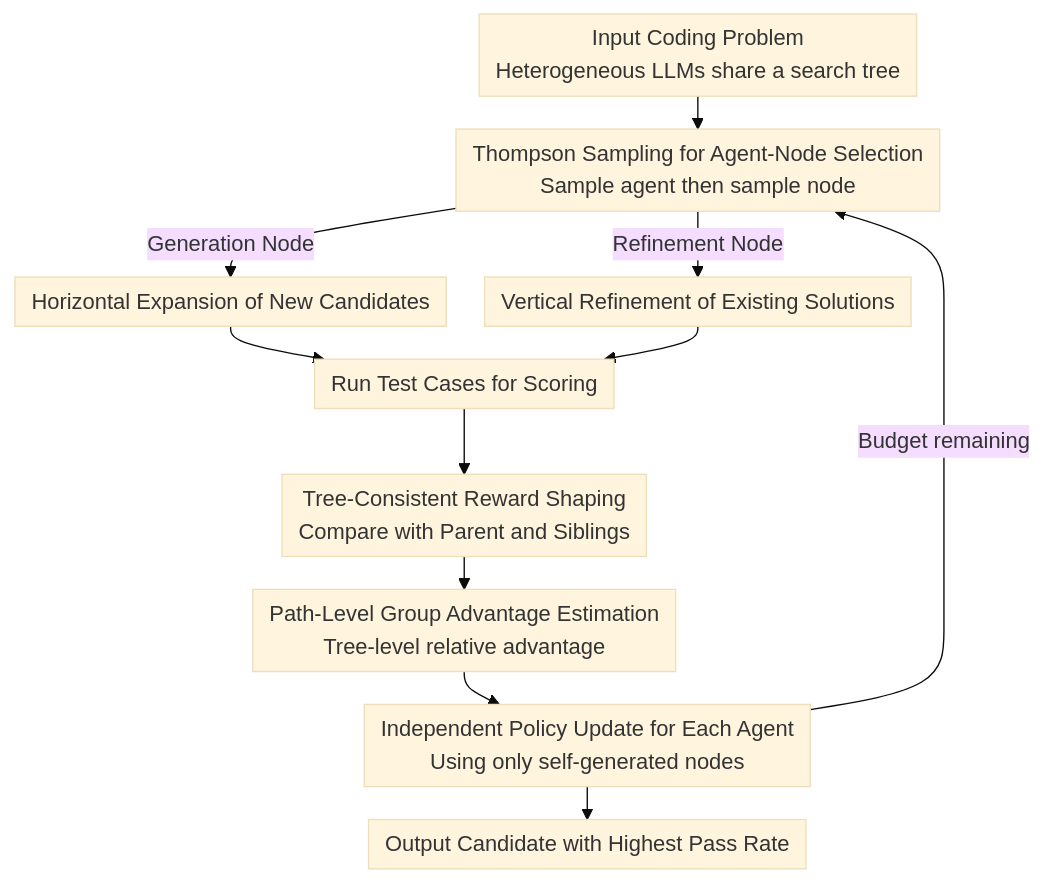
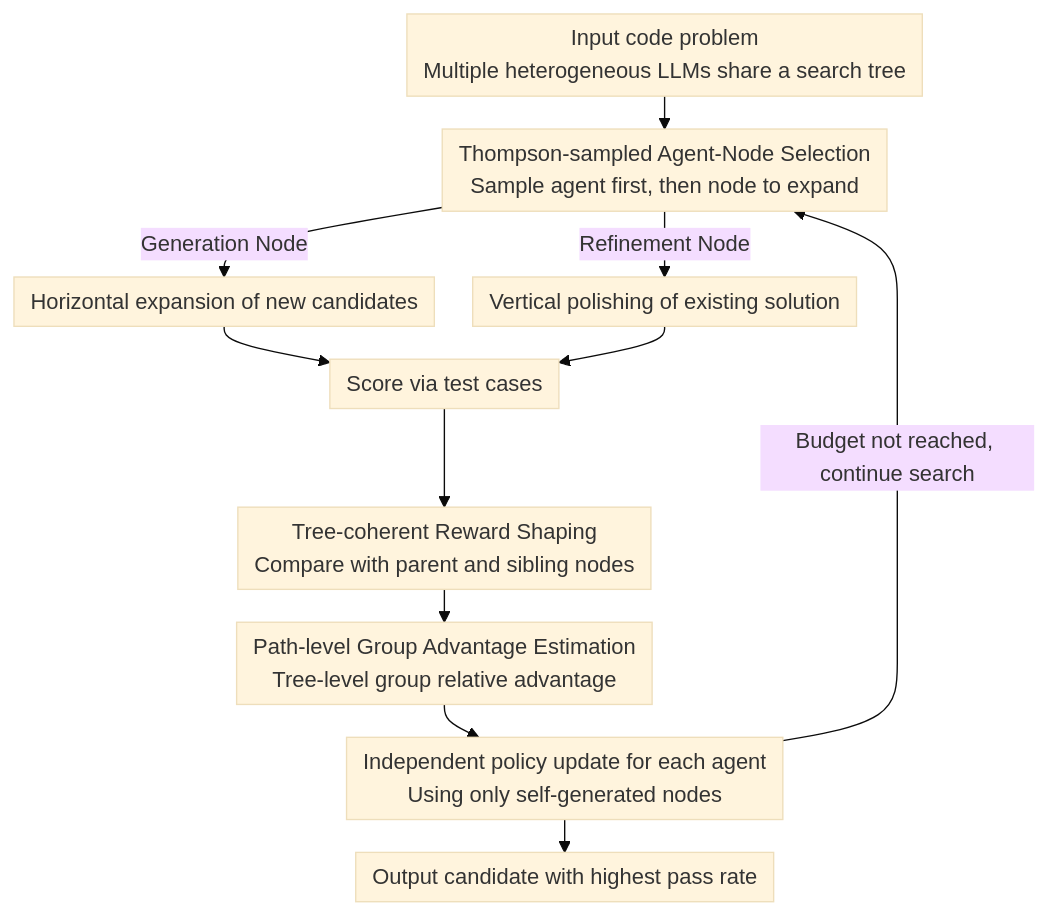
The diagram in docs/ACL2026/code_intelligence/mars2_scaling_multi-agent_tree_search_via_reinforcement_learning_for_code_genera.md (zhaoyang97/Paper-Notes-en), drawn with Mermaid (base theme) before and after one commit. The commit also changed other lines of this file and 5084 other files, not shown here.

````diff
--- a/docs/ACL2026/code_intelligence/mars2_scaling_multi-agent_tree_search_via_reinforcement_learning_for_code_genera.md
+++ b/docs/ACL2026/code_intelligence/mars2_scaling_multi-agent_tree_search_via_reinforcement_learning_for_code_genera.md
@@ -47,14 +47,14 @@
 ```mermaid
 %%{init: {'flowchart': {'rankSpacing': 24, 'nodeSpacing': 28, 'padding': 6, 'wrappingWidth': 400}}}%%
 flowchart TD
-    A["Input Coding Problem<br/>Heterogeneous LLMs share a search tree"] --> B["Thompson Sampling for Agent-Node Selection<br/>Sample agent then sample node"]
-    B -->|Generation Node| C["Horizontal Expansion of New Candidates"]
-    B -->|Refinement Node| D["Vertical Refinement of Existing Solutions"]
-    C --> E["Run Test Cases for Scoring"]
+    A["Input code problem<br/>Multiple heterogeneous LLMs share a search tree"] --> B["Thompson-sampled Agent-Node Selection<br/>Sample agent first, then node to expand"]
+    B -->|Generation Node| C["Horizontal expansion of new candidates"]
+    B -->|Refinement Node| D["Vertical polishing of existing solution"]
+    C --> E["Score via test cases"]
     D --> E
-    E --> F["Tree-Consistent Reward Shaping<br/>Compare with Parent and Siblings"]
-    F --> G["Path-Level Group Advantage Estimation<br/>Tree-level relative advantage"]
-    G --> H["Independent Policy Update for Each Agent<br/>Using only self-generated nodes"]
-    H -->|Budget remaining| B
-    H --> I["Output Candidate with Highest Pass Rate"]
+    E --> F["Tree-coherent Reward Shaping<br/>Compare with parent and sibling nodes"]
+    F --> G["Path-level Group Advantage Estimation<br/>Tree-level group relative advantage"]
+    G --> H["Independent policy update for each agent<br/>Using only self-generated nodes"]
+    H -->|Budget not reached, continue search| B
+    H --> I["Output candidate with highest pass rate"]
 ```
````
